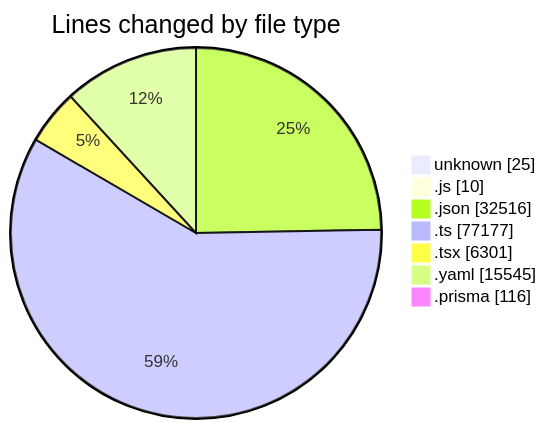
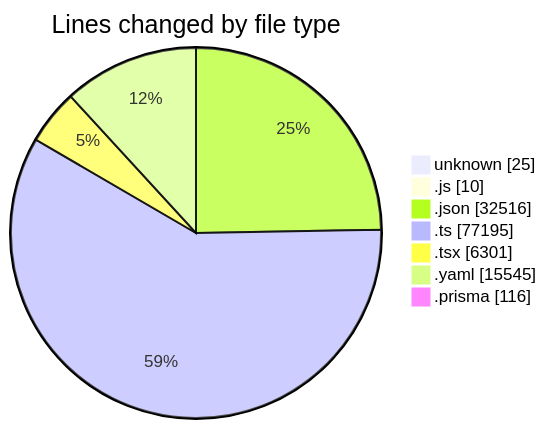
One commit to CELIANVF/code-tracking changed the first of 2 diagrams in 2025-05-02/ecodeli/README.md. Above: the diagram before and after it, drawn with Mermaid. The commit also changed other lines of this file and 1 other file, not shown here.

````diff
--- a/2025-05-02/ecodeli/README.md
+++ b/2025-05-02/ecodeli/README.md
@@ -89,11 +89,11 @@
 ```mermaid
 pie showData
 title Lines changed by file type
 "unknown" : 25
 ".js" : 10
 ".json" : 32516
-".ts" : 77177
+".ts" : 77195
 ".tsx" : 6301
 ".yaml" : 15545
 ".prisma" : 116
 ```
````
